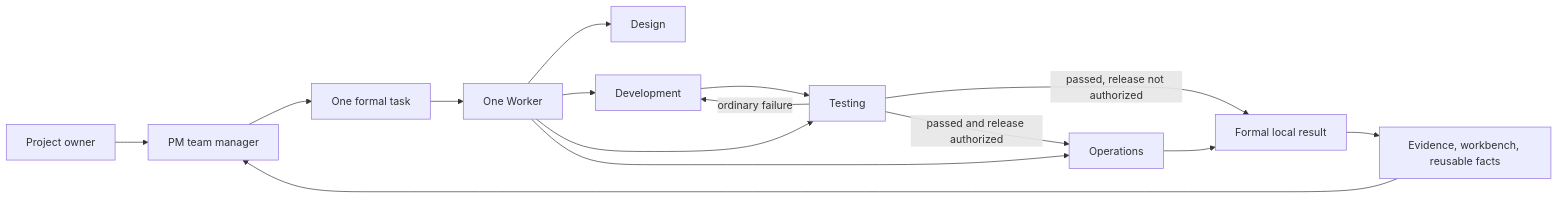
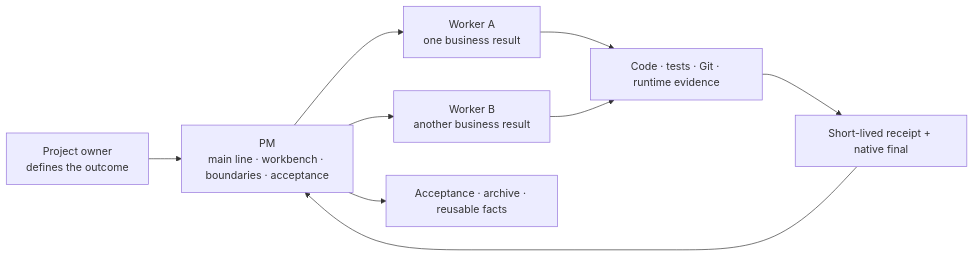
The diagram in README.md (adubeyond/beyond-ai-collaboration), drawn with Mermaid before and after one commit. The commit also changed other lines of this file and 1 other file, not shown here.

````diff
--- a/README.md
+++ b/README.md
@@ -69,17 +38,11 @@
 ```mermaid
 flowchart LR
-    U["Project owner"] --> PM["PM team manager"]
-    PM --> T["One formal task"]
-    T --> W["One Worker"]
-    W --> D["Design"]
-    W --> DEV["Development"]
-    W --> TEST["Testing"]
-    W --> OPS["Operations"]
-    TEST -->|"ordinary failure"| DEV
-    DEV --> TEST
-    TEST -->|"passed, release not authorized"| C["Formal local result"]
-    TEST -->|"passed and release authorized"| OPS
-    OPS --> C
-    C --> E["Evidence, workbench, reusable facts"]
-    E --> PM
+    U["Project owner\ndefines the outcome"] --> PM["PM\nmain line · workbench · boundaries · acceptance"]
+    PM --> W1["Worker A\none business result"]
+    PM --> W2["Worker B\nanother business result"]
+    W1 --> E["Code · tests · Git · runtime evidence"]
+    W2 --> E
+    E --> R["Short-lived receipt + native final"]
+    R --> PM
+    PM --> S["Acceptance · archive · reusable facts"]
 ```
````
